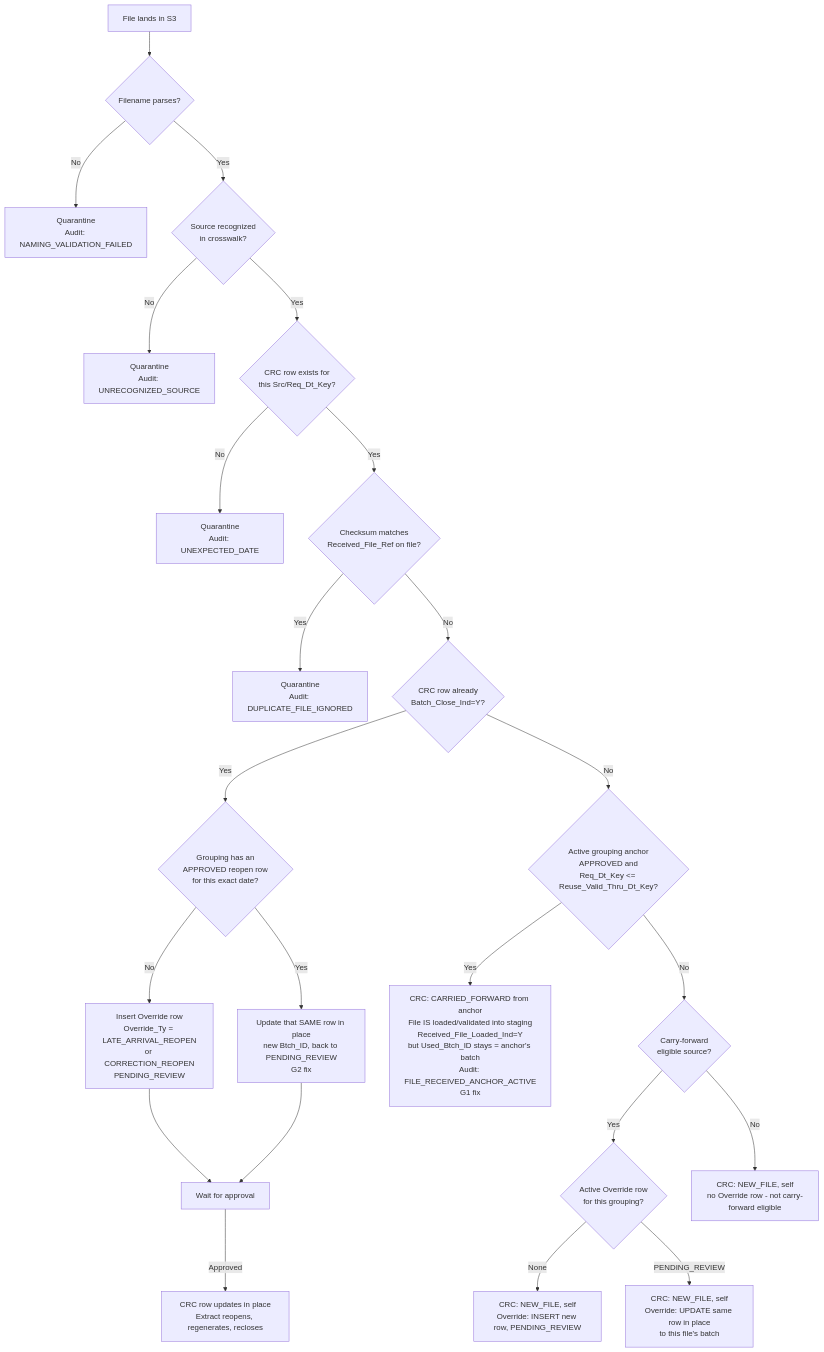
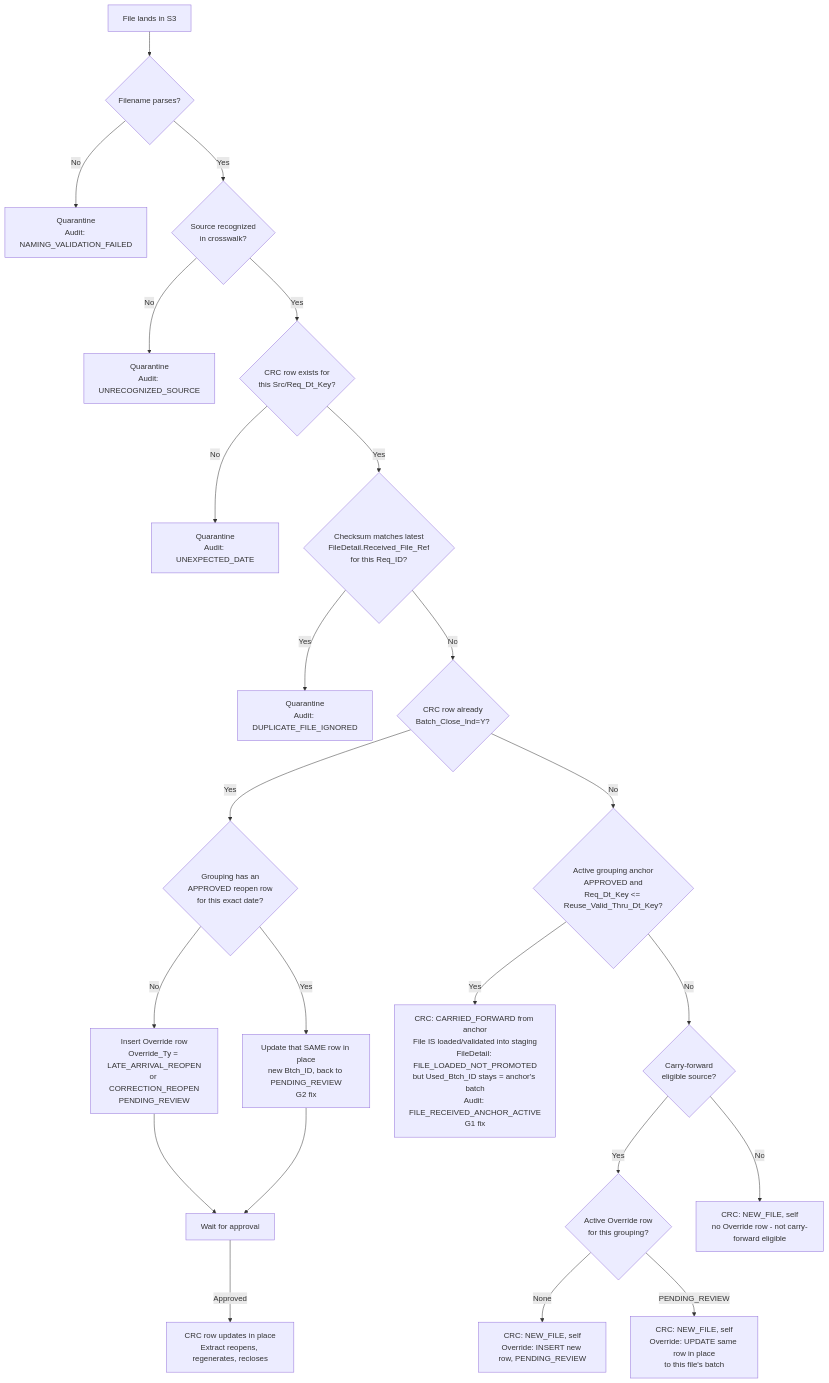
Before and after one commit to trinathgundavaram/framework: the third of 4 diagrams in docs/design/orchestration-flow.md, drawn with Mermaid. The commit also changed other lines of this file and 3 other files, not shown here.

Commit message:
G5: slim CRC to decision-relevant columns only; move file-event detail (received/loaded/late/closed/flagged) into new append-only ComplianceRequestFileDetail, joined on Req_ID

````diff
--- a/docs/design/orchestration-flow.md
+++ b/docs/design/orchestration-flow.md
@@ -73,27 +76,27 @@
 ```mermaid
 flowchart TD
     A[File lands in S3] --> B{Filename parses?}
     B -- No --> R1[Quarantine<br/>Audit: NAMING_VALIDATION_FAILED]
     B -- Yes --> C{Source recognized<br/>in crosswalk?}
     C -- No --> R2[Quarantine<br/>Audit: UNRECOGNIZED_SOURCE]
     C -- Yes --> D{CRC row exists for<br/>this Src/Req_Dt_Key?}
     D -- No --> R3[Quarantine<br/>Audit: UNEXPECTED_DATE]
-    D -- Yes --> E{Checksum matches<br/>Received_File_Ref on file?}
+    D -- Yes --> E{Checksum matches latest<br/>FileDetail.Received_File_Ref<br/>for this Req_ID?}
     E -- Yes --> R4[Quarantine<br/>Audit: DUPLICATE_FILE_IGNORED]
     E -- No --> F{CRC row already<br/>Batch_Close_Ind=Y?}
 
     F -- Yes --> G{Grouping has an<br/>APPROVED reopen row<br/>for this exact date?}
     G -- No --> H[Insert Override row<br/>Override_Ty = LATE_ARRIVAL_REOPEN<br/>or CORRECTION_REOPEN<br/>PENDING_REVIEW]
     G -- Yes --> I[Update that SAME row in place<br/>new Btch_ID, back to PENDING_REVIEW<br/>G2 fix]
     H --> J[Wait for approval]
     I --> J
     J -- Approved --> K[CRC row updates in place<br/>Extract reopens, regenerates, recloses]
 
     F -- No --> L{Active grouping anchor<br/>APPROVED and<br/>Req_Dt_Key &lt;= Reuse_Valid_Thru_Dt_Key?}
-    L -- Yes --> M[CRC: CARRIED_FORWARD from anchor<br/>File IS loaded/validated into staging<br/>Received_File_Loaded_Ind=Y<br/>but Used_Btch_ID stays = anchor's batch<br/>Audit: FILE_RECEIVED_ANCHOR_ACTIVE<br/>G1 fix]
+    L -- Yes --> M[CRC: CARRIED_FORWARD from anchor<br/>File IS loaded/validated into staging<br/>FileDetail: FILE_LOADED_NOT_PROMOTED<br/>but Used_Btch_ID stays = anchor's batch<br/>Audit: FILE_RECEIVED_ANCHOR_ACTIVE<br/>G1 fix]
     L -- No --> N{Carry-forward<br/>eligible source?}
     N -- Yes --> O{Active Override row<br/>for this grouping?}
     O -- None --> P[CRC: NEW_FILE, self<br/>Override: INSERT new row, PENDING_REVIEW]
     O -- PENDING_REVIEW --> Q[CRC: NEW_FILE, self<br/>Override: UPDATE same row in place<br/>to this file's batch]
     N -- No --> S[CRC: NEW_FILE, self<br/>no Override row - not carry-forward eligible]
 ```
````
